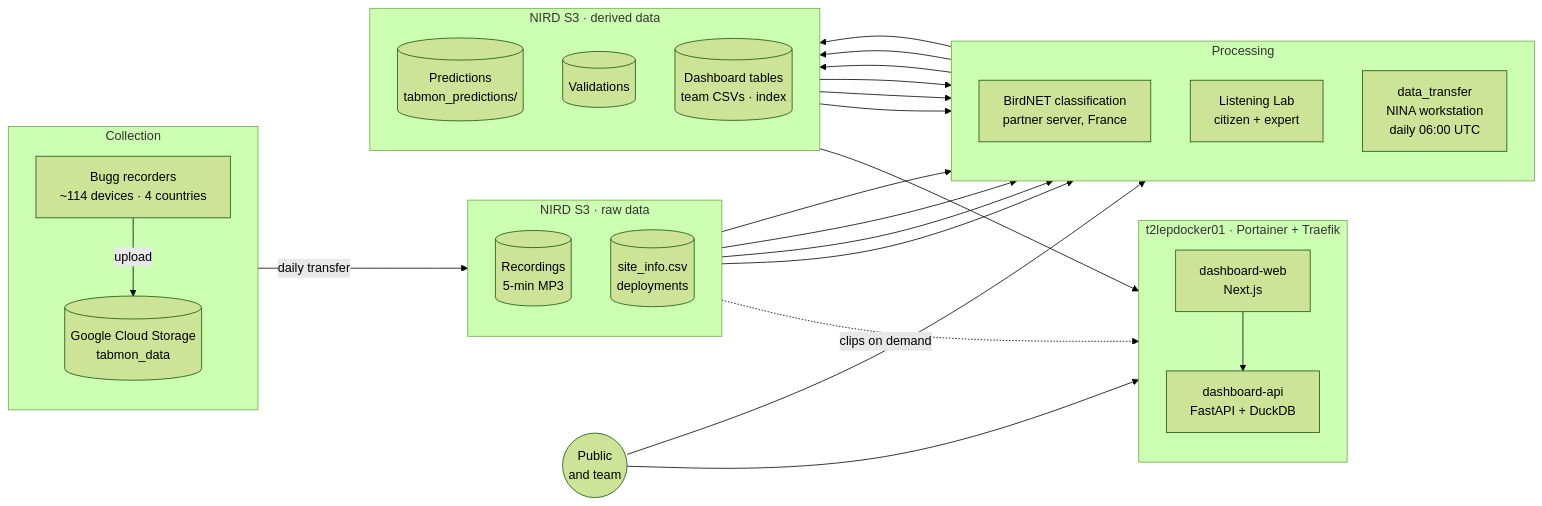
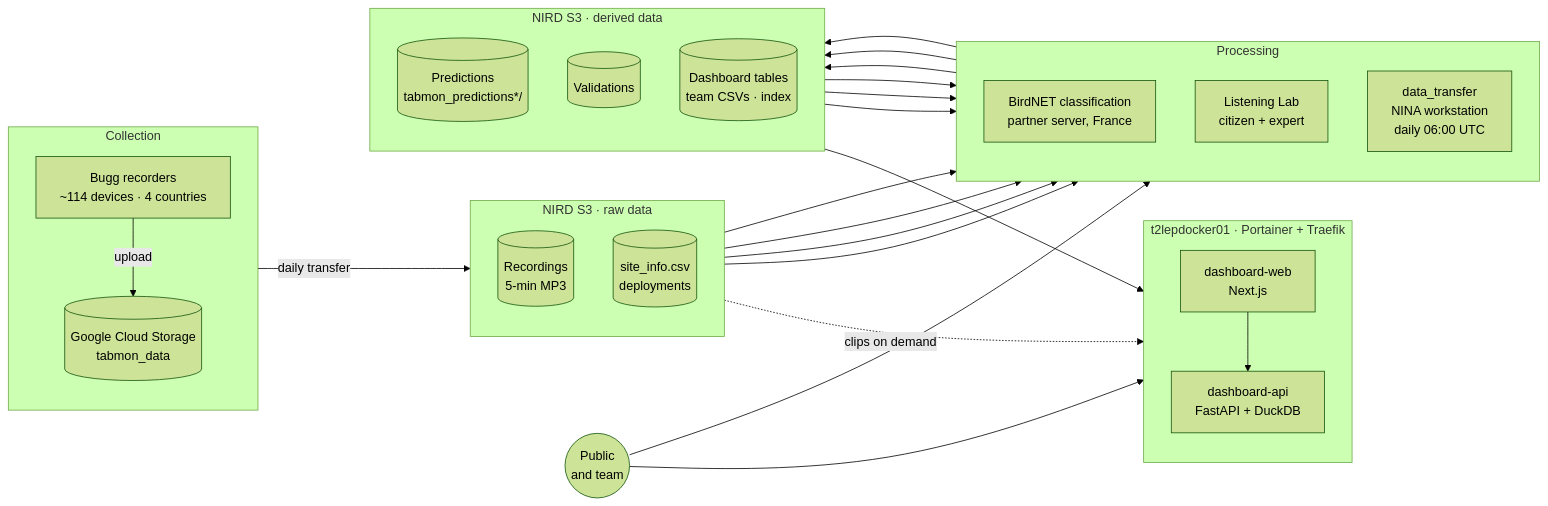
Before and after one commit to NINAnor/tabmon_dashboard: the first of 3 diagrams in ARCHITECTURE.md, drawn with Mermaid (forest theme). The commit also changed other lines of this file and 20 other files, not shown here.

````diff
--- a/ARCHITECTURE.md
+++ b/ARCHITECTURE.md
@@ -29,42 +29,42 @@
 ```mermaid
 flowchart LR
   subgraph C1["Collection"]
     direction TB
     B["Bugg recorders<br/>~114 devices · 4 countries"] -->|upload| G[("Google Cloud Storage<br/>tabmon_data")]
   end
   subgraph C2["NIRD S3 · raw data"]
     direction TB
     A[("Recordings<br/>5-min MP3")]
     S[("site_info.csv<br/>deployments")]
   end
   subgraph C3["Processing"]
     direction TB
     CL["BirdNET classification<br/>partner server, France"]
     LL["Listening Lab<br/>citizen + expert"]
     DT["data_transfer<br/>NINA workstation<br/>daily 06:00 UTC"]
   end
   subgraph C4["NIRD S3 · derived data"]
     direction TB
-    P[("Predictions<br/>tabmon_predictions/")]
+    P[("Predictions<br/>tabmon_predictions*/")]
     V[("Validations")]
     D[("Dashboard tables<br/>team CSVs · index")]
   end
   subgraph C5["t2lepdocker01 · Portainer + Traefik"]
     direction TB
     W["dashboard-web<br/>Next.js"] --> API["dashboard-api<br/>FastAPI + DuckDB"]
   end
   U(("Public<br/>and team"))
 
   G -->|"daily transfer"| A
   A --> CL --> P
   A --> LL --> V
   P --> LL
   A --> DT
   S --> DT
   P --> DT
   V --> DT
   DT --> D --> API
   A -.->|"clips on demand"| API
   U --> W
   U --> LL
 ```
````
